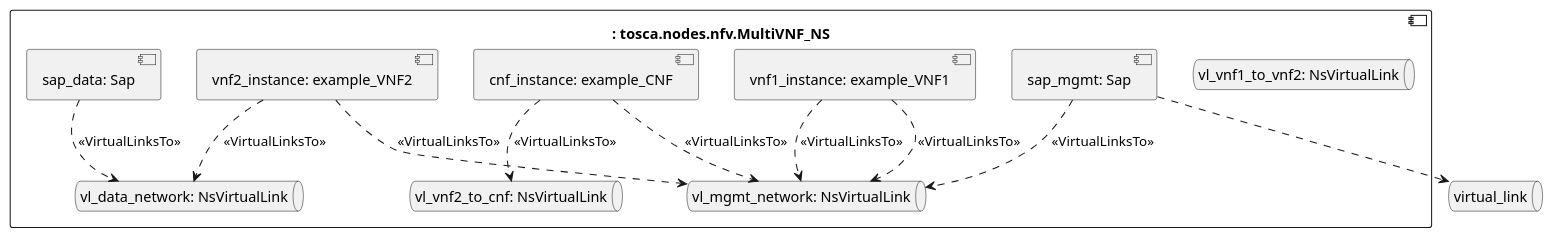
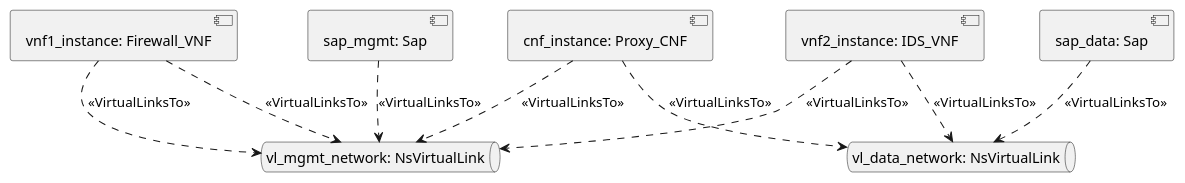
Before and after one commit to sarah202411/TOSCA_Claudnet: the diagram in Results/Uml2Diagrams/Hybrid-Network-Service-uml2-deployment-diagram.plantuml, drawn with PlantUML. The commit also changed 19 other files, not shown here.

```diff
--- a/Results/Uml2Diagrams/Hybrid-Network-Service-uml2-deployment-diagram.plantuml
+++ b/Results/Uml2Diagrams/Hybrid-Network-Service-uml2-deployment-diagram.plantuml
@@ -1,26 +1,20 @@
 @startuml
 skinparam componentStyle uml2
 allowmixing
 
-component ": tosca.nodes.nfv.MultiVNF_NS" as substitution_mappings {
 queue "vl_mgmt_network: NsVirtualLink" as node_vl_mgmt_network
 queue "vl_data_network: NsVirtualLink" as node_vl_data_network
-queue "vl_vnf1_to_vnf2: NsVirtualLink" as node_vl_vnf1_to_vnf2
-queue "vl_vnf2_to_cnf: NsVirtualLink" as node_vl_vnf2_to_cnf
-component "vnf1_instance: example_VNF1" as node_vnf1_instance
-component "vnf2_instance: example_VNF2" as node_vnf2_instance
-component "cnf_instance: example_CNF" as node_cnf_instance
+component "vnf1_instance: Firewall_VNF" as node_vnf1_instance
+component "vnf2_instance: IDS_VNF" as node_vnf2_instance
+component "cnf_instance: Proxy_CNF" as node_cnf_instance
 component "sap_mgmt: Sap" as node_sap_mgmt
 component "sap_data: Sap" as node_sap_data
 node_vnf1_instance ..> node_vl_mgmt_network : <<VirtualLinksTo>>
 node_vnf1_instance ..> node_vl_mgmt_network : <<VirtualLinksTo>>
 node_vnf2_instance ..> node_vl_data_network : <<VirtualLinksTo>>
 node_vnf2_instance ..> node_vl_mgmt_network : <<VirtualLinksTo>>
-node_cnf_instance ..> node_vl_vnf2_to_cnf : <<VirtualLinksTo>>
+node_cnf_instance ..> node_vl_data_network : <<VirtualLinksTo>>
 node_cnf_instance ..> node_vl_mgmt_network : <<VirtualLinksTo>>
 node_sap_mgmt ..> node_vl_mgmt_network : <<VirtualLinksTo>>
 node_sap_data ..> node_vl_data_network : <<VirtualLinksTo>>
-}
-queue "virtual_link" as substitution_mappings_requirement_virtual_link
-node_sap_mgmt ..>  substitution_mappings_requirement_virtual_link
 @enduml
```
